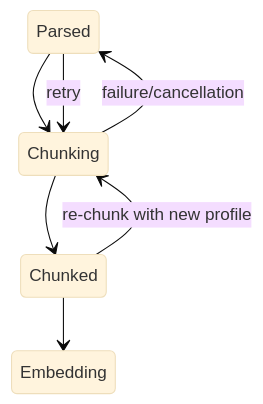
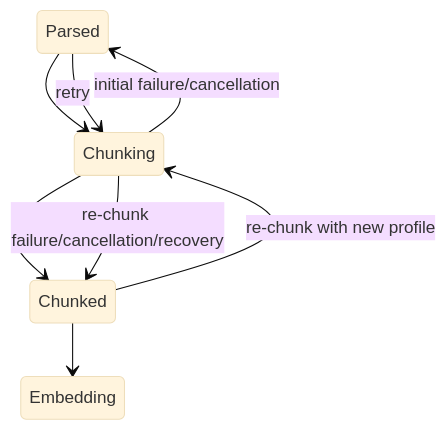
The second of 3 diagrams in docs/architecture/chunking-and-lexical-search.md (mikara89/loregrove), drawn with Mermaid (base theme) before and after one commit. The commit also changed other lines of this file and 3 other files, not shown here.

Commit message:
Preserve chunked state during re-chunk recovery

````diff
--- a/docs/architecture/chunking-and-lexical-search.md
+++ b/docs/architecture/chunking-and-lexical-search.md
@@ -100,9 +104,10 @@
 ```mermaid
 stateDiagram-v2
     Parsed --> Chunking
     Chunking --> Chunked
     Chunked --> Embedding
     Chunked --> Chunking: re-chunk with new profile
-    Chunking --> Parsed: failure/cancellation
+    Chunking --> Parsed: initial failure/cancellation
+    Chunking --> Chunked: re-chunk failure/cancellation/recovery
     Parsed --> Chunking: retry
 ```
````
